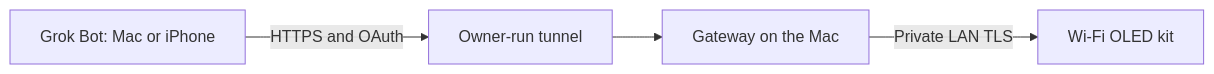
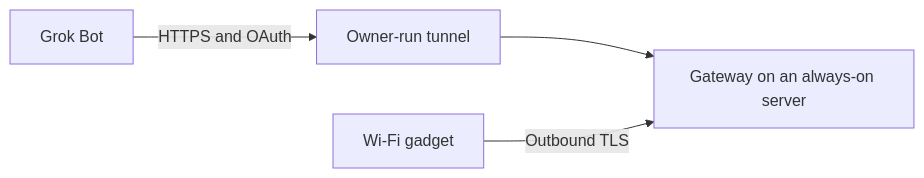
The diagram in README.md (adidshaft/grok-gadgets), drawn with Mermaid before and after one commit. The commit also changed other lines of this file and 5 other files, not shown here.

````diff
--- a/README.md
+++ b/README.md
@@ -33,6 +34,6 @@
 ```mermaid
 flowchart LR
-    B["Grok Bot: Mac or iPhone"] -->|"HTTPS and OAuth"| T["Owner-run tunnel"]
-    T --> G["Gateway on the Mac"]
-    G -->|"Private LAN TLS"| D["Wi-Fi OLED kit"]
+    B["Grok Bot"] -->|"HTTPS and OAuth"| T["Owner-run tunnel"]
+    T --> G["Gateway on an always-on server"]
+    D["Wi-Fi gadget"] -->|"Outbound TLS"| G
 ```
````
